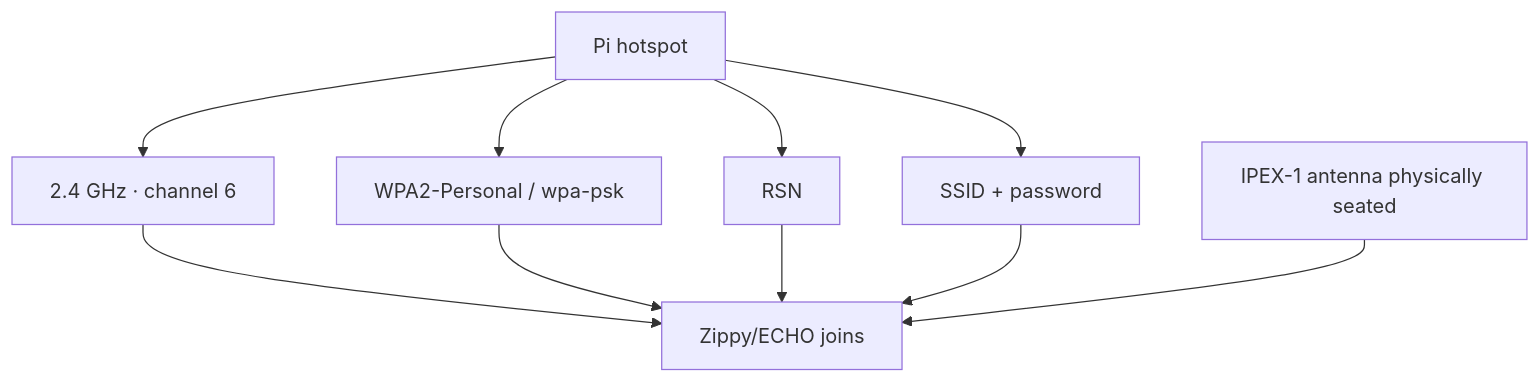
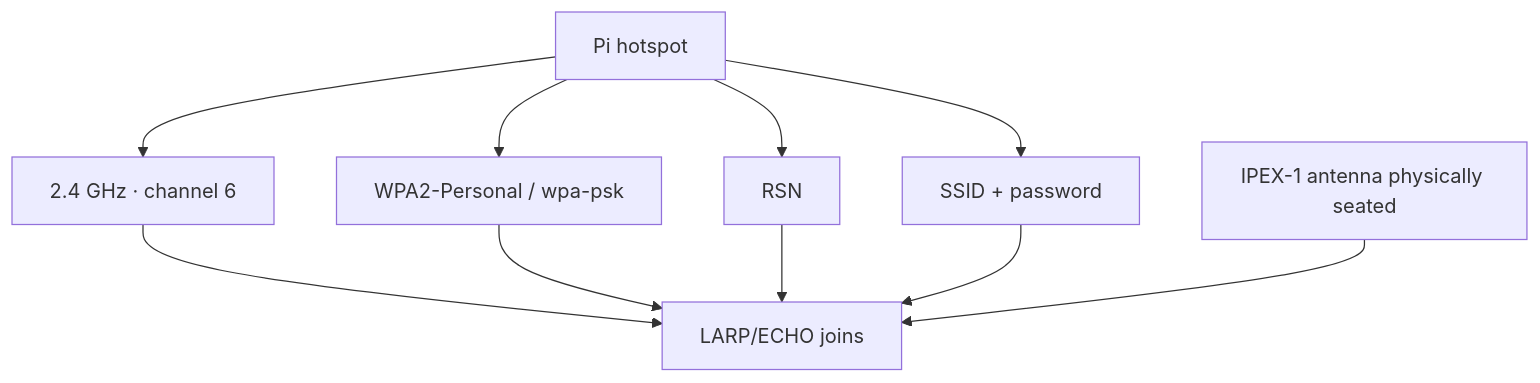
Before and after one commit to william-thompsonthe1st/STEM-Research-Academy: the seventh of 9 diagrams in README.md, drawn with Mermaid. The commit also changed other lines of this file, not shown here.

Commit message:
docs: add 3TSAHUR and LARP mission naming

````diff
--- a/README.md
+++ b/README.md
@@ -238,12 +249,12 @@
 ```mermaid
 flowchart TD
     P["Pi hotspot"] --> B["2.4 GHz · channel 6"]
     P --> S["WPA2-Personal / wpa-psk"]
     P --> R["RSN"]
     P --> N["SSID + password"]
-    B --> Z["Zippy/ECHO joins"]
-    S --> Z
-    R --> Z
-    N --> Z
-    A["IPEX-1 antenna physically seated"] --> Z
+    B --> L["LARP/ECHO joins"]
+    S --> L
+    R --> L
+    N --> L
+    A["IPEX-1 antenna physically seated"] --> L
 ```
````
